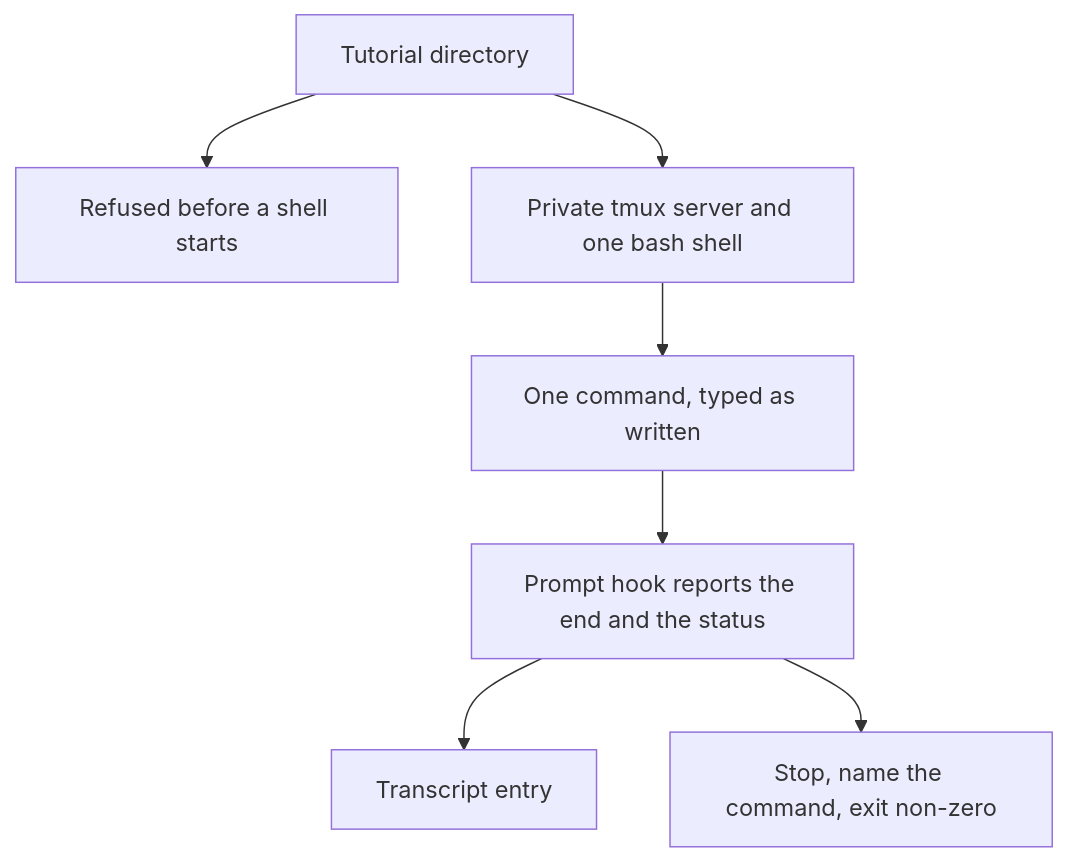
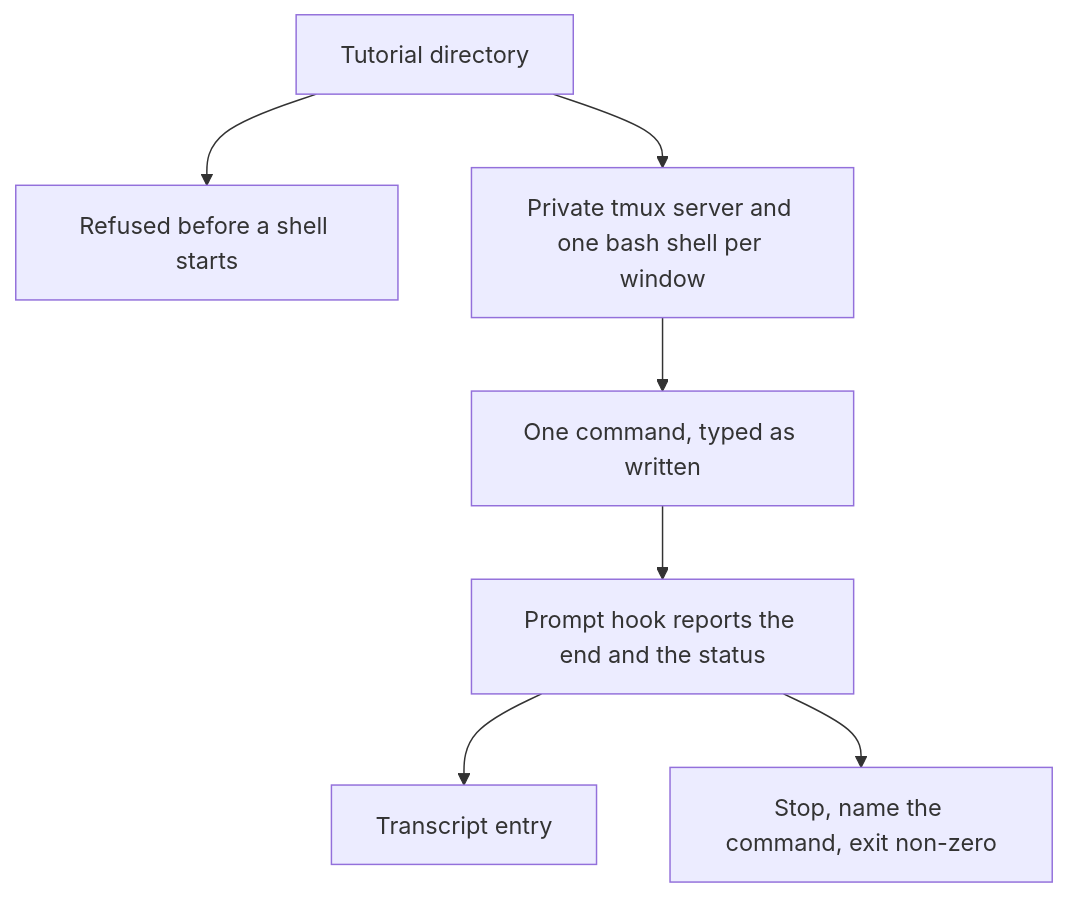
One commit to lambdasistemi/tutorial-stepper changed the diagram in docs/play.md. Above: the diagram before and after it, drawn with Mermaid. The commit also changed other lines of this file and 11 other files, not shown here.

````diff
--- a/docs/play.md
+++ b/docs/play.md
@@ -9,16 +9,16 @@
 ```mermaid
 flowchart TD
   directory["Tutorial directory"]
   refuse["Refused before a shell starts"]
-  server["Private tmux server and one bash shell"]
+  server["Private tmux server and one bash shell per window"]
   command["One command, typed as written"]
   hook["Prompt hook reports the end and the status"]
   transcript["Transcript entry"]
   stop["Stop, name the command, exit non-zero"]
   directory --> refuse
   directory --> server
   server --> command
   command --> hook
   hook --> transcript
   hook --> stop
 ```
````
